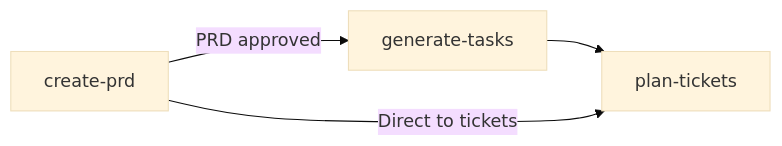
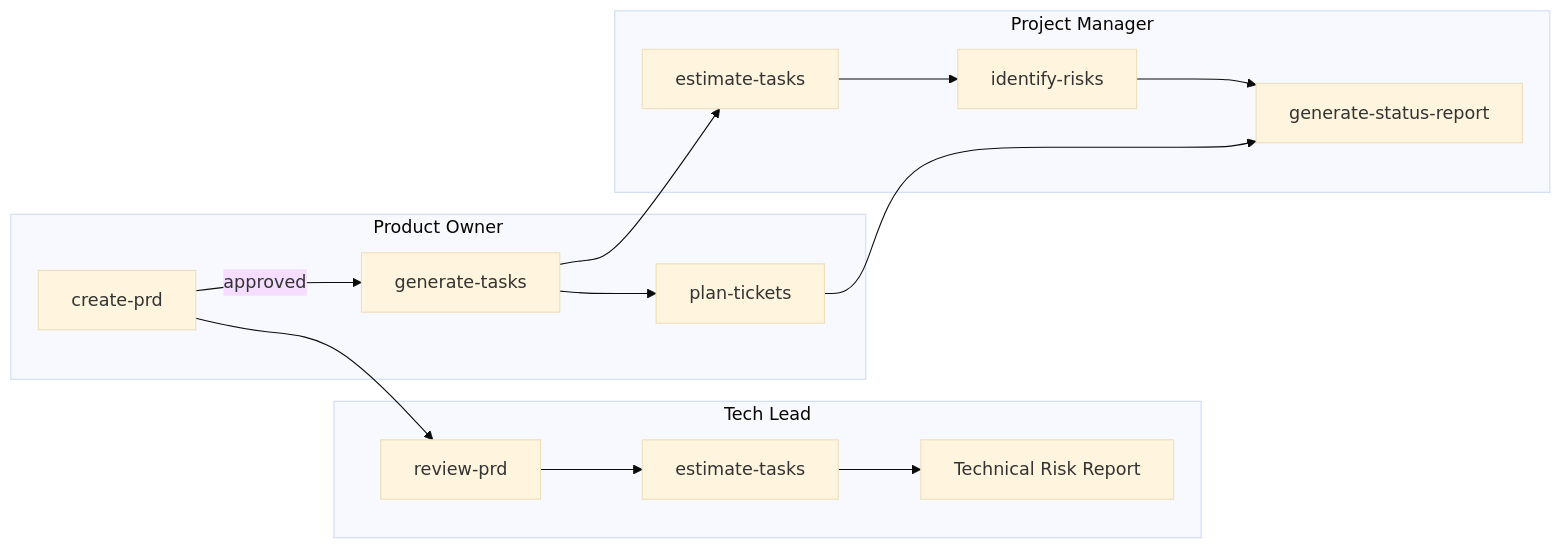
The fourth of 6 diagrams in docs/agent-guide.md (igmarin/agnostic-planning-skills), drawn with Mermaid (base theme) before and after one commit. The commit also changed other lines of this file and 37 other files, not shown here.

````diff
--- a/docs/agent-guide.md
+++ b/docs/agent-guide.md
@@ -120,6 +109,18 @@
 ```mermaid
 graph LR
-    A[create-prd] -->|PRD approved| B[generate-tasks]
-    B --> C[plan-tickets]
-    A -->|Direct to tickets| C
+    subgraph "Tech Lead"
+        T[review-prd] --> U[estimate-tasks]
+        U --> V[Technical Risk Report]
+    end
+    subgraph "Product Owner"
+        A[create-prd] -->|approved| B[generate-tasks]
+        B --> C[plan-tickets]
+    end
+    subgraph "Project Manager"
+        D[estimate-tasks] --> E[identify-risks]
+        E --> F[generate-status-report]
+    end
+    A --> T
+    B --> D
+    C --> F
 ```
````
